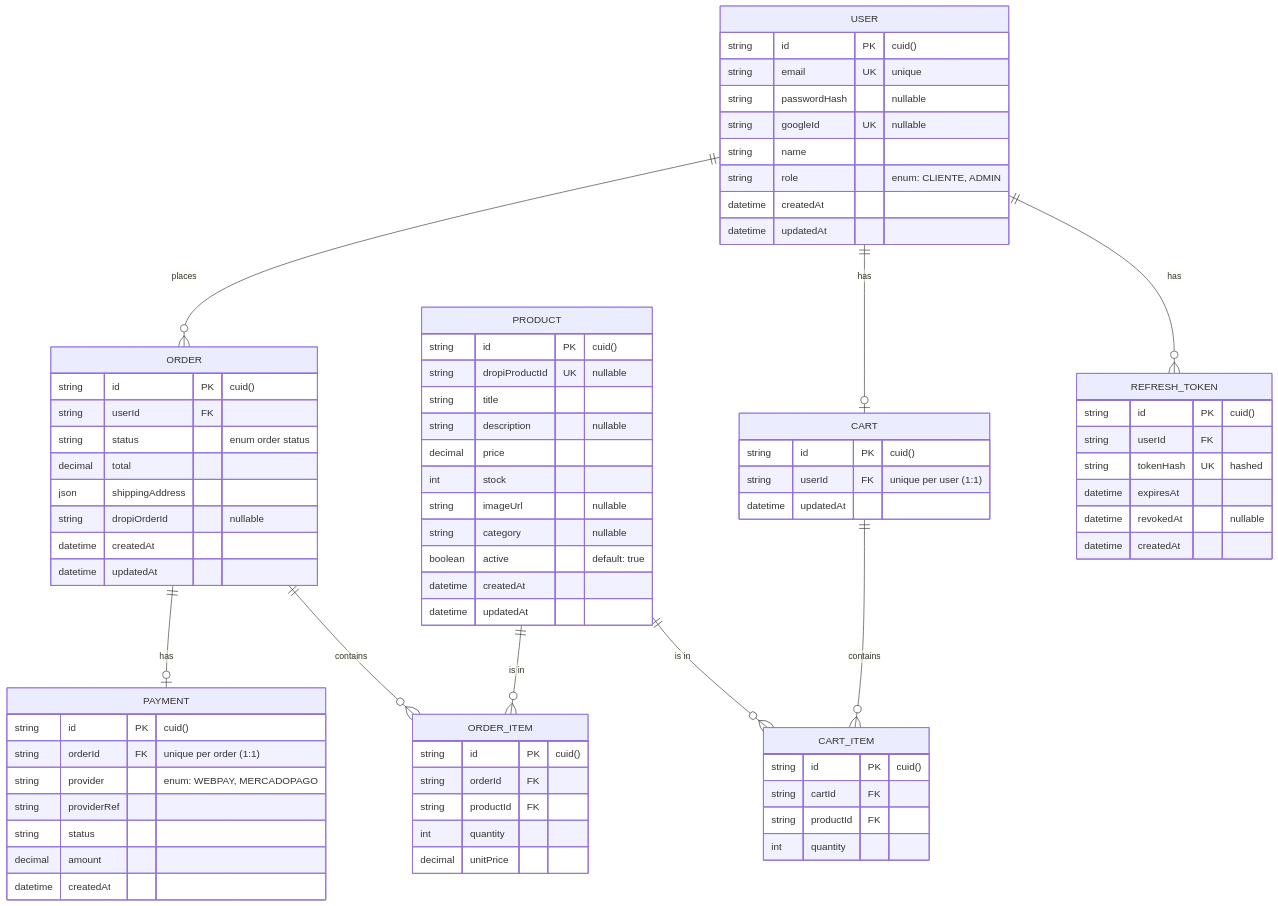
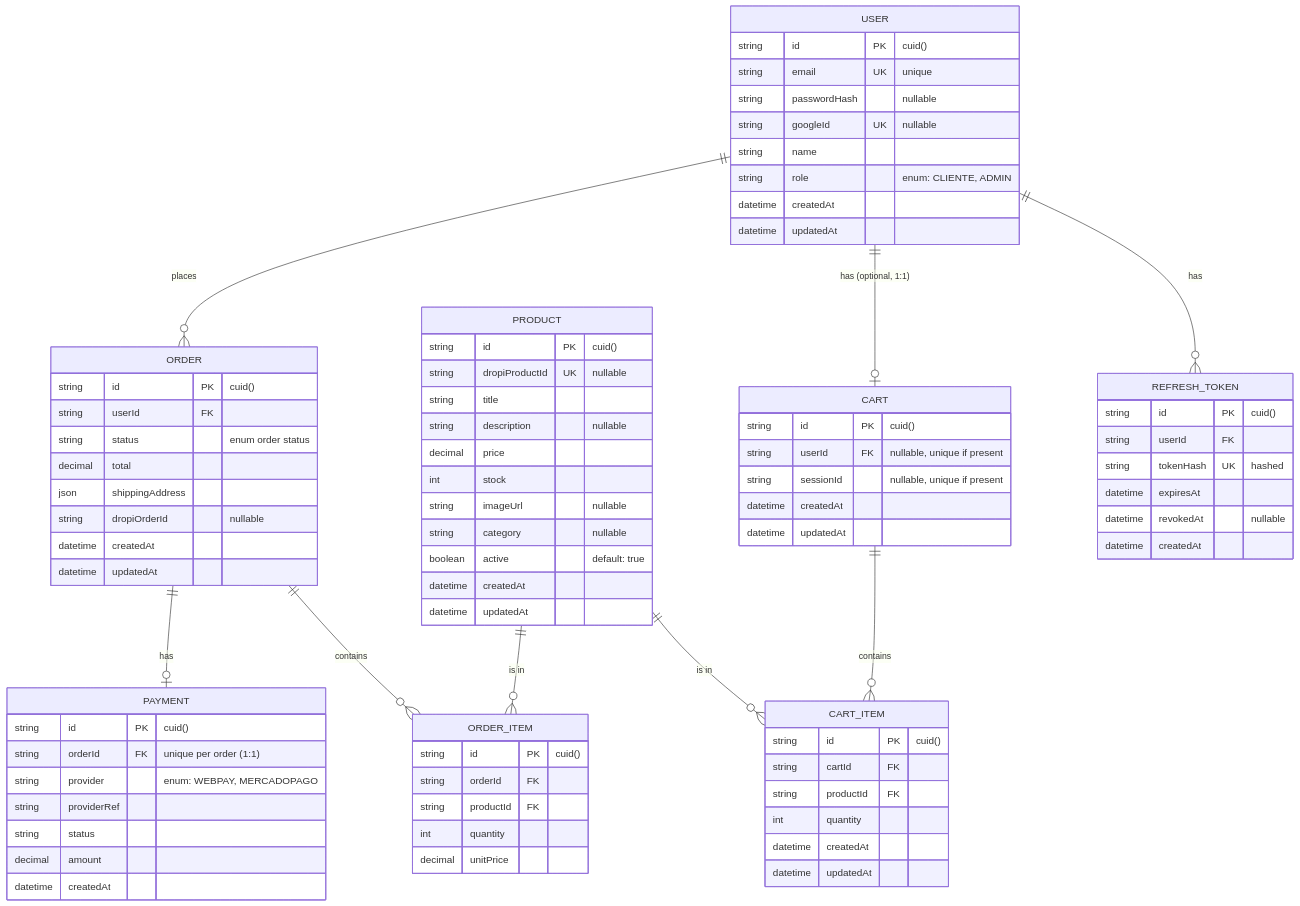
Before and after one commit to KaterinaCamposP/ecommerce-dropshipping: the diagram in README.md, drawn with Mermaid. The commit also changed other lines of this file, not shown here.

Commit message:
docs(readme): add sprint 2 cart architecture decisions and erd update

```diff
--- a/README.md
+++ b/README.md
@@ -502,7 +560,9 @@
 
     CART {
         string id PK "cuid()"
-        string userId FK "unique per user (1:1)"
+        string userId FK "nullable, unique if present"
+        string sessionId "nullable, unique if present"
+        datetime createdAt
         datetime updatedAt
     }
 
@@ -511,6 +571,8 @@
         string cartId FK
         string productId FK
         int quantity
+        datetime createdAt
+        datetime updatedAt
     }
 
     ORDER {
@@ -543,7 +605,7 @@
     }
 
     USER ||--o{ REFRESH_TOKEN : "has"
-    USER ||--o| CART : "has"
+    USER ||--o| CART : "has (optional, 1:1)"
     USER ||--o{ ORDER : "places"
 
     CART ||--o{ CART_ITEM : "contains"
```
